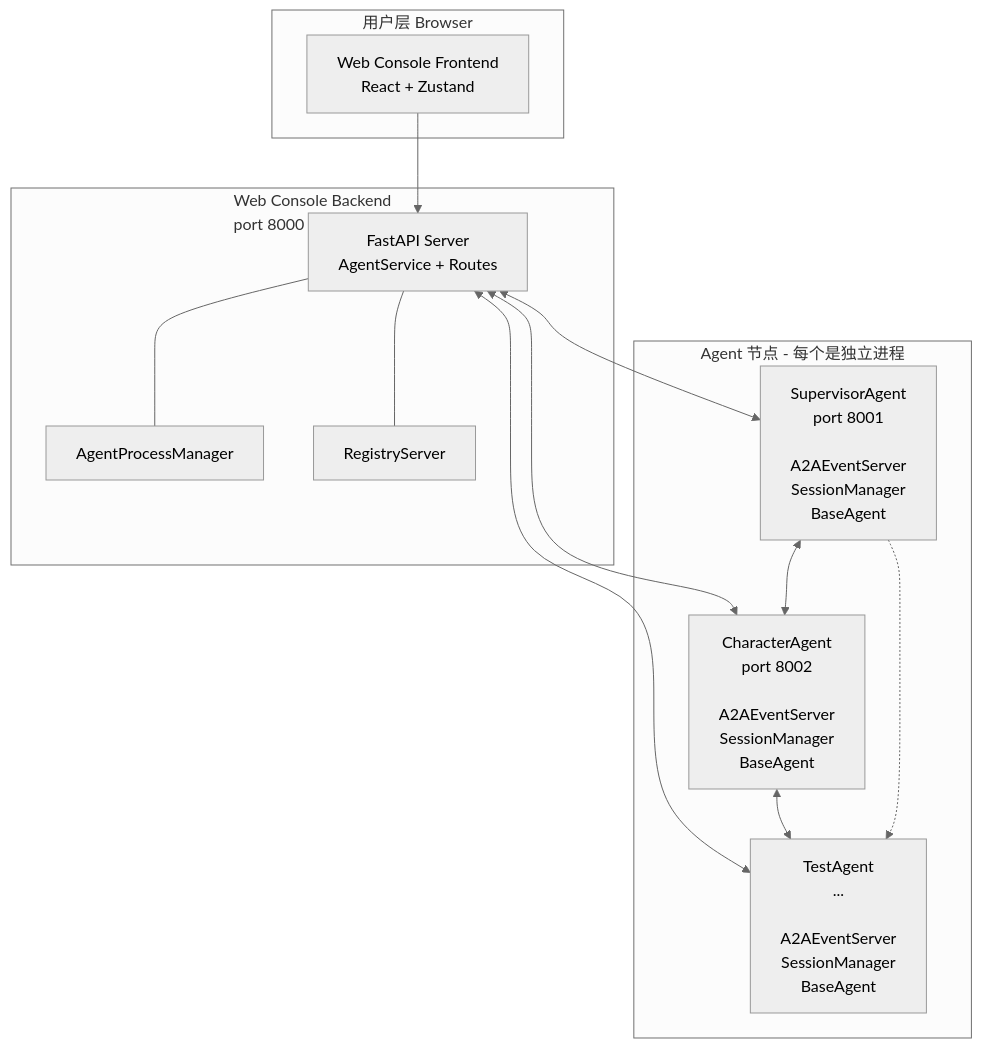
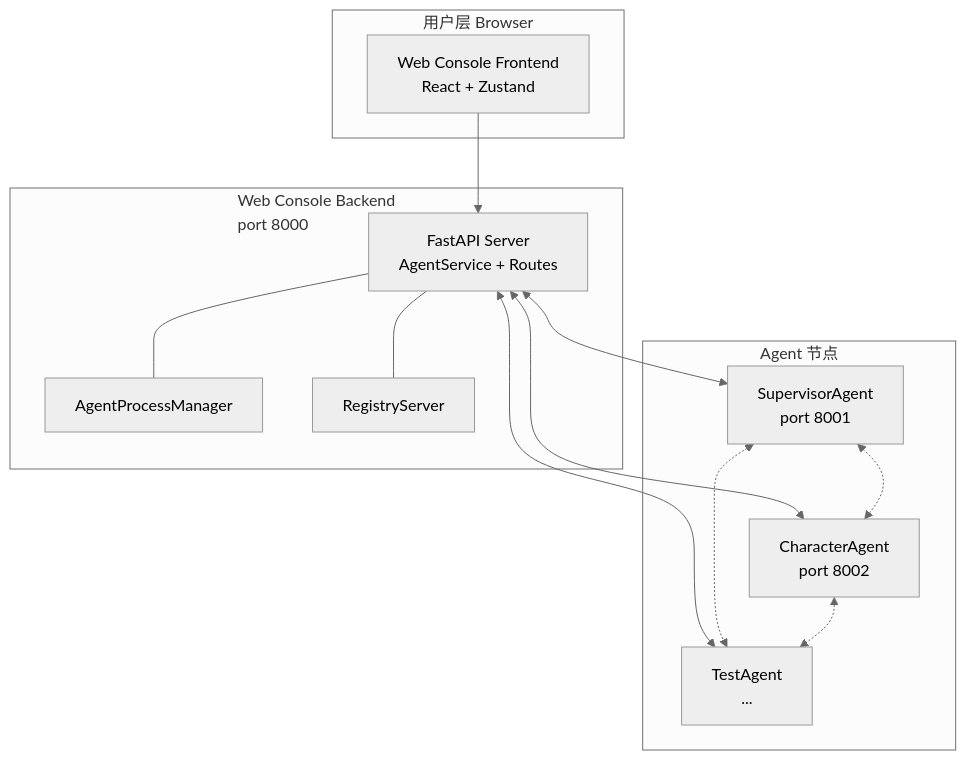
One commit to ReturnTR/NovelAgent changed the diagram in README.md. Above: the diagram before and after it, drawn with Mermaid (neutral theme). The commit also changed other lines of this file, not shown here.

````diff
--- a/README.md
+++ b/README.md
@@ -11,29 +11,29 @@
 ```mermaid
 graph TB
     subgraph Browser[用户层 Browser]
         FE[Web Console Frontend<br/>React + Zustand]
     end
 
     subgraph WebConsole[Web Console Backend<br/>port 8000]
         WC[FastAPI Server<br/>AgentService + Routes]
         PM[AgentProcessManager]
         RS[RegistryServer]
     end
 
-    subgraph Agents[Agent 节点 - 每个是独立进程]
-        SA1[SupervisorAgent<br/>port 8001<br/><br/>A2AEventServer<br/>SessionManager<br/>BaseAgent]
-        SA2[CharacterAgent<br/>port 8002<br/><br/>A2AEventServer<br/>SessionManager<br/>BaseAgent]
-        SA3[TestAgent<br/>...<br/><br/>A2AEventServer<br/>SessionManager<br/>BaseAgent]
+    subgraph Agents[Agent 节点]
+        SA1[SupervisorAgent<br/>port 8001]
+        SA2[CharacterAgent<br/>port 8002]
+        SA3[TestAgent<br/>...]
     end
 
     FE --> WC
     WC <--> SA1
     WC <--> SA2
     WC <--> SA3
     WC --- PM
     WC --- RS
 
-    SA1 <--> SA2
-    SA2 <--> SA3
-    SA1 -.-> SA3
+    SA1 <-.-> SA2
+    SA1 <-.-> SA3
+    SA2 <-.-> SA3
 ```
````
